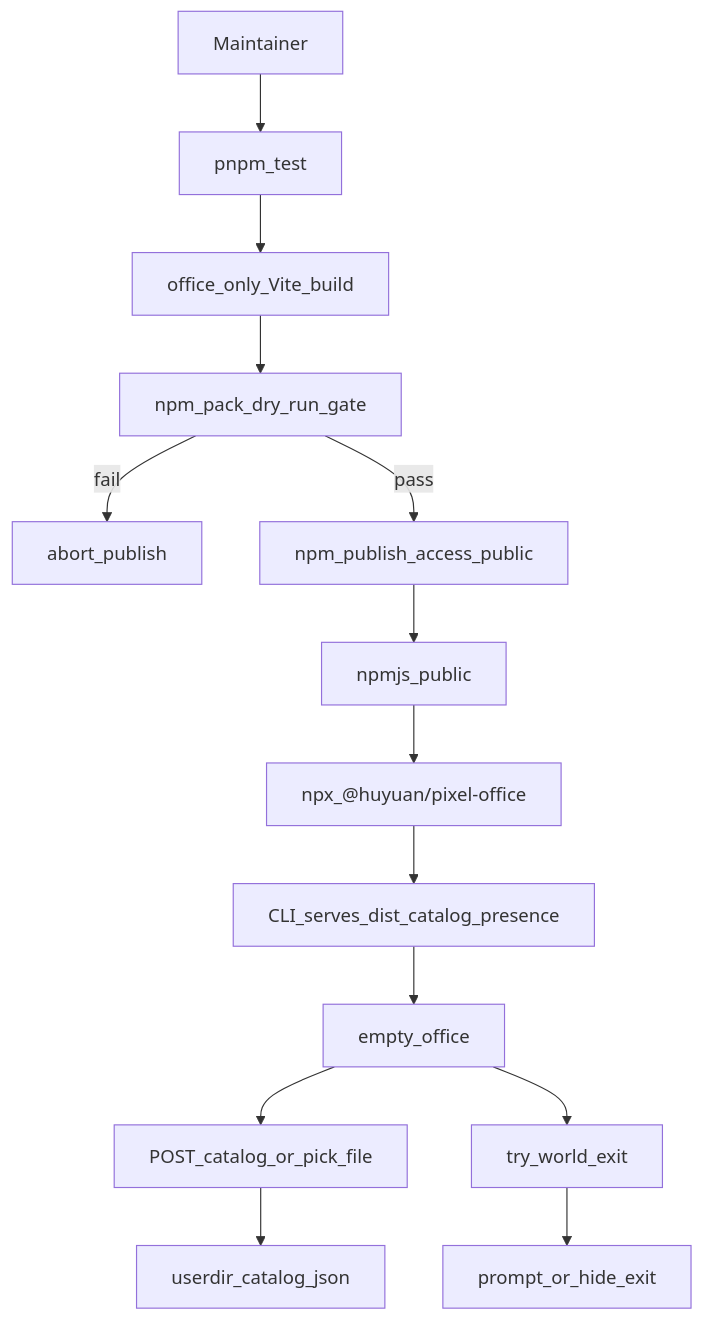
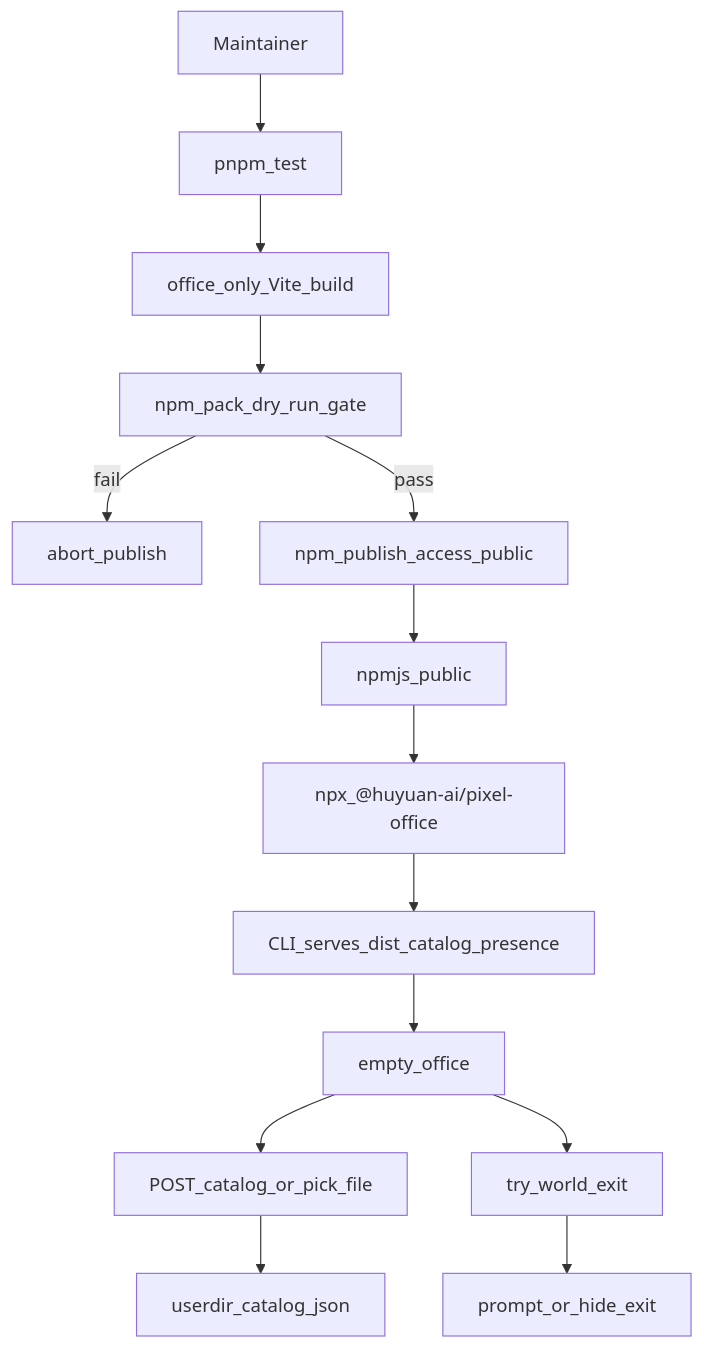
Before and after one commit to 0x00pluto/evo-pixel-staff-office: the first of 2 diagrams in specs/prds/prd-00009-npx-publish.md, drawn with Mermaid. The commit also changed other lines of this file and 9 other files, not shown here.

````diff
--- a/specs/prds/prd-00009-npx-publish.md
+++ b/specs/prds/prd-00009-npx-publish.md
@@ -203,16 +203,16 @@
 ```mermaid
 flowchart TD
   maintainer[Maintainer] --> test[pnpm_test]
   test --> build[office_only_Vite_build]
   build --> pack["npm_pack_dry_run_gate"]
   pack -->|fail| stop[abort_publish]
   pack -->|pass| publish["npm_publish_access_public"]
   publish --> registry[npmjs_public]
-  registry --> user["npx_@huyuan/pixel-office"]
+  registry --> user["npx_@huyuan-ai/pixel-office"]
   user --> boot[CLI_serves_dist_catalog_presence]
   boot --> empty[empty_office]
   empty --> inject["POST_catalog_or_pick_file"]
   inject --> persist["userdir_catalog_json"]
   empty --> door[try_world_exit]
   door --> degrade[prompt_or_hide_exit]
 ```
````
